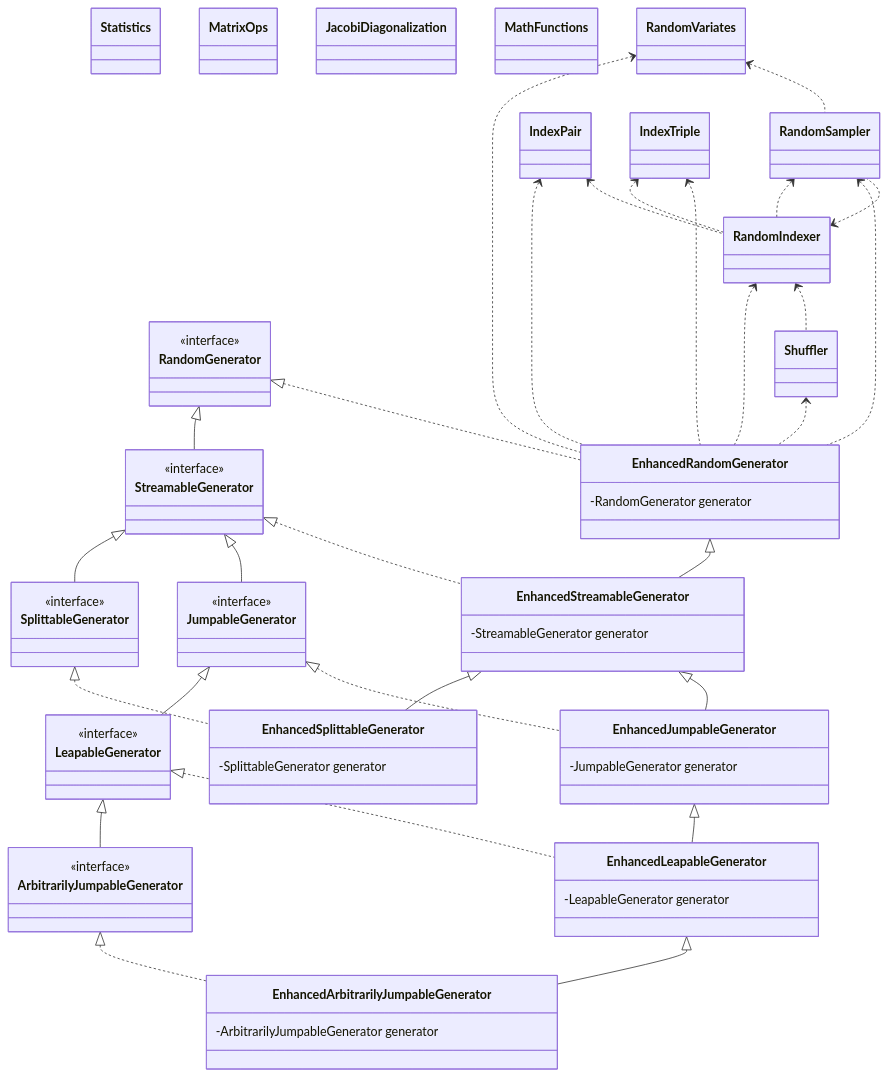
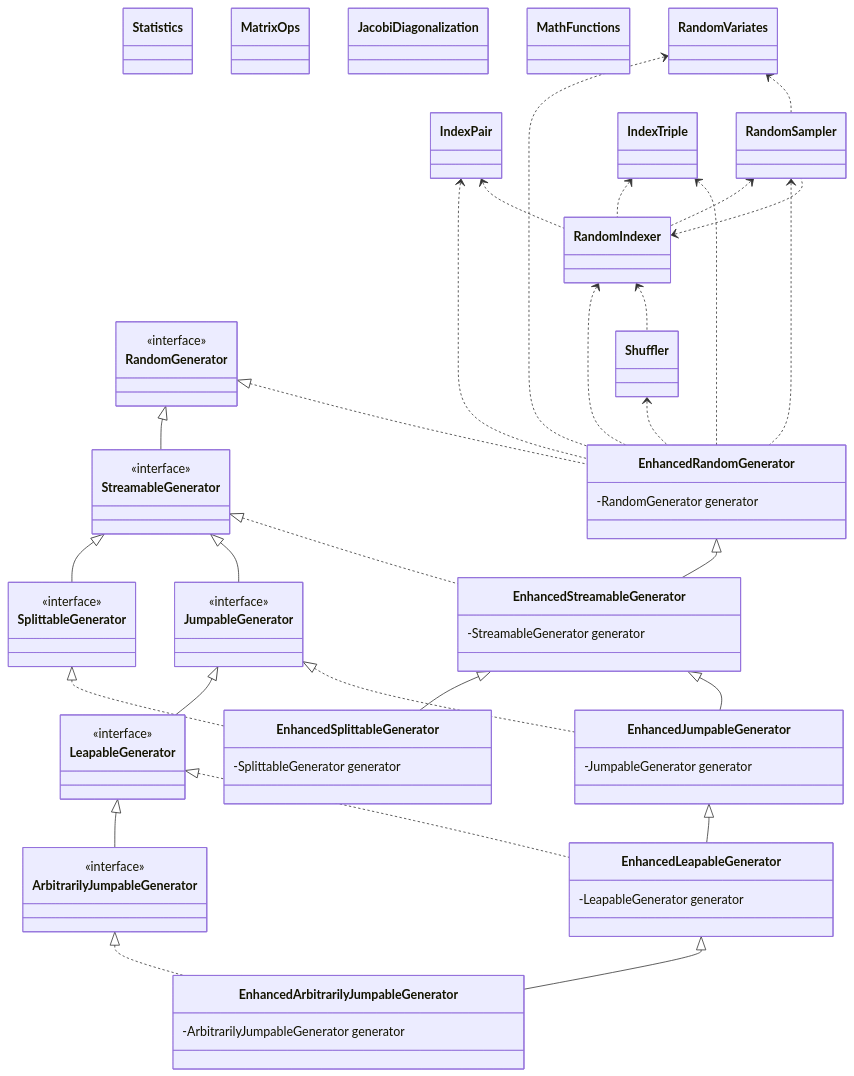
The diagram in README.md (cicirello/rho-mu), drawn with Mermaid before and after one commit. The commit also changed other lines of this file, not shown here.

Commit message:
fix UML diagram

```diff
--- a/README.md
+++ b/README.md
@@ -111,20 +111,20 @@
   class EnhancedRandomGenerator
   EnhancedRandomGenerator : -RandomGenerator generator
   RandomGenerator <|.. EnhancedRandomGenerator
+  class RandomVariates
+  class IndexPair
   class RandomSampler
   class RandomIndexer
+  class Shuffler
+  class IndexTriple
   RandomIndexer <.. EnhancedRandomGenerator
   RandomIndexer <.. RandomSampler
   RandomSampler <.. RandomIndexer
   RandomSampler <.. EnhancedRandomGenerator
-  class Shuffler
   RandomIndexer <.. Shuffler
   Shuffler <.. EnhancedRandomGenerator
-  class RandomVariates
   RandomVariates <.. EnhancedRandomGenerator
   RandomVariates <.. RandomSampler
-  class IndexPair
-  class IndexTriple
   IndexPair <.. EnhancedRandomGenerator
   IndexPair <.. RandomIndexer
   IndexTriple <.. RandomIndexer
```
